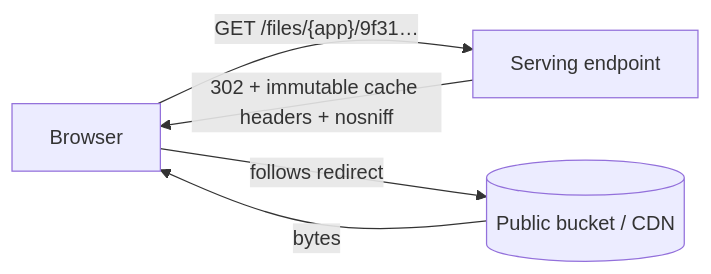
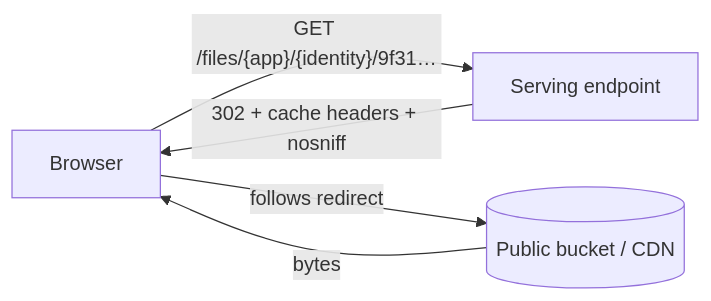
The third of 3 diagrams in docs/superpowers/specs/2026-07-09-files-design-explained.md (garden-co/jazz), drawn with Mermaid before and after one commit. The commit also changed other lines of this file and 5 other files, not shown here.

Commit message:
Simplify id management: identity-bound keys, schema-declared TTL

````diff
--- a/docs/superpowers/specs/2026-07-09-files-design-explained.md
+++ b/docs/superpowers/specs/2026-07-09-files-design-explained.md
@@ -254,7 +283,7 @@
 ```mermaid
 flowchart LR
-    B[Browser] -- "GET /files/{app}/9f31…" --> E[Serving endpoint]
-    E -- "302 + immutable cache headers + nosniff" --> B
+    B[Browser] -- "GET /files/{app}/{identity}/9f31…" --> E[Serving endpoint]
+    E -- "302 + cache headers + nosniff" --> B
     B -- follows redirect --> O[(Public bucket / CDN)]
     O -- bytes --> B
 ```
````
